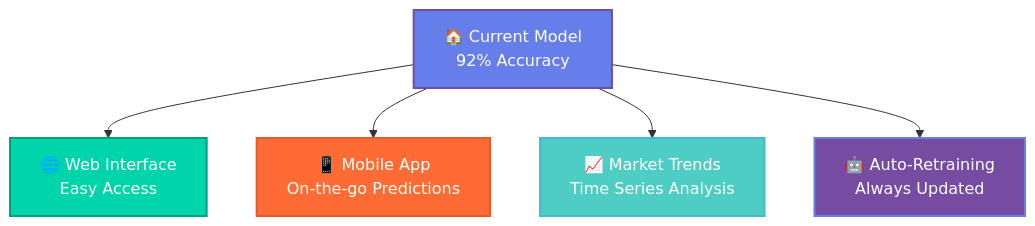
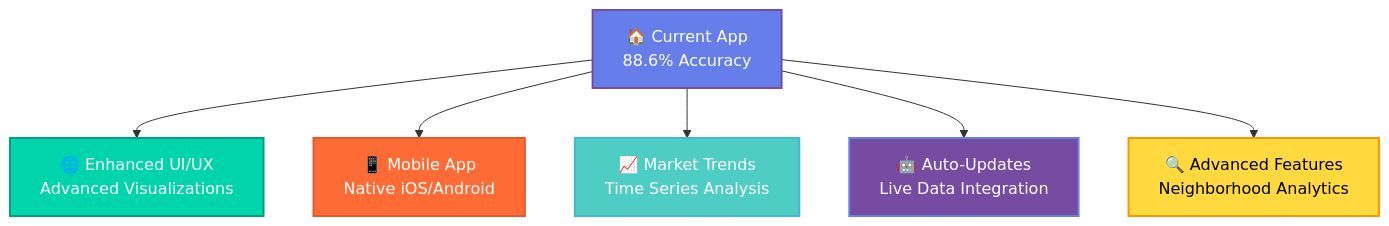
The second of 2 diagrams in README.md (akshitbhardwaj315/House--Price-Prediction), drawn with Mermaid before and after one commit. The commit also changed other lines of this file, not shown here.

````diff
--- a/README.md
+++ b/README.md
@@ -322,13 +467,15 @@
 ```mermaid
 graph TD
-    A[🏠 Current Model<br/>92% Accuracy] --> B[🌐 Web Interface<br/>Easy Access]
-    A --> C[📱 Mobile App<br/>On-the-go Predictions]
+    A[🏠 Current App<br/>88.6% Accuracy] --> B[🌐 Enhanced UI/UX<br/>Advanced Visualizations]
+    A --> C[📱 Mobile App<br/>Native iOS/Android]
     A --> D[📈 Market Trends<br/>Time Series Analysis]
-    A --> E[🤖 Auto-Retraining<br/>Always Updated]
+    A --> E[🤖 Auto-Updates<br/>Live Data Integration]
+    A --> F[🔍 Advanced Features<br/>Neighborhood Analytics]
     
     style A fill:#667eea,stroke:#764ba2,stroke-width:2px,color:#fff
     style B fill:#00d4aa,stroke:#00a085,stroke-width:2px,color:#fff
     style C fill:#ff6b35,stroke:#e55a2b,stroke-width:2px,color:#fff
     style D fill:#4ecdc4,stroke:#45b7d1,stroke-width:2px,color:#fff
     style E fill:#764ba2,stroke:#667eea,stroke-width:2px,color:#fff
+    style F fill:#ffd93d,stroke:#ff9500,stroke-width:2px,color:#000
 ```
````
